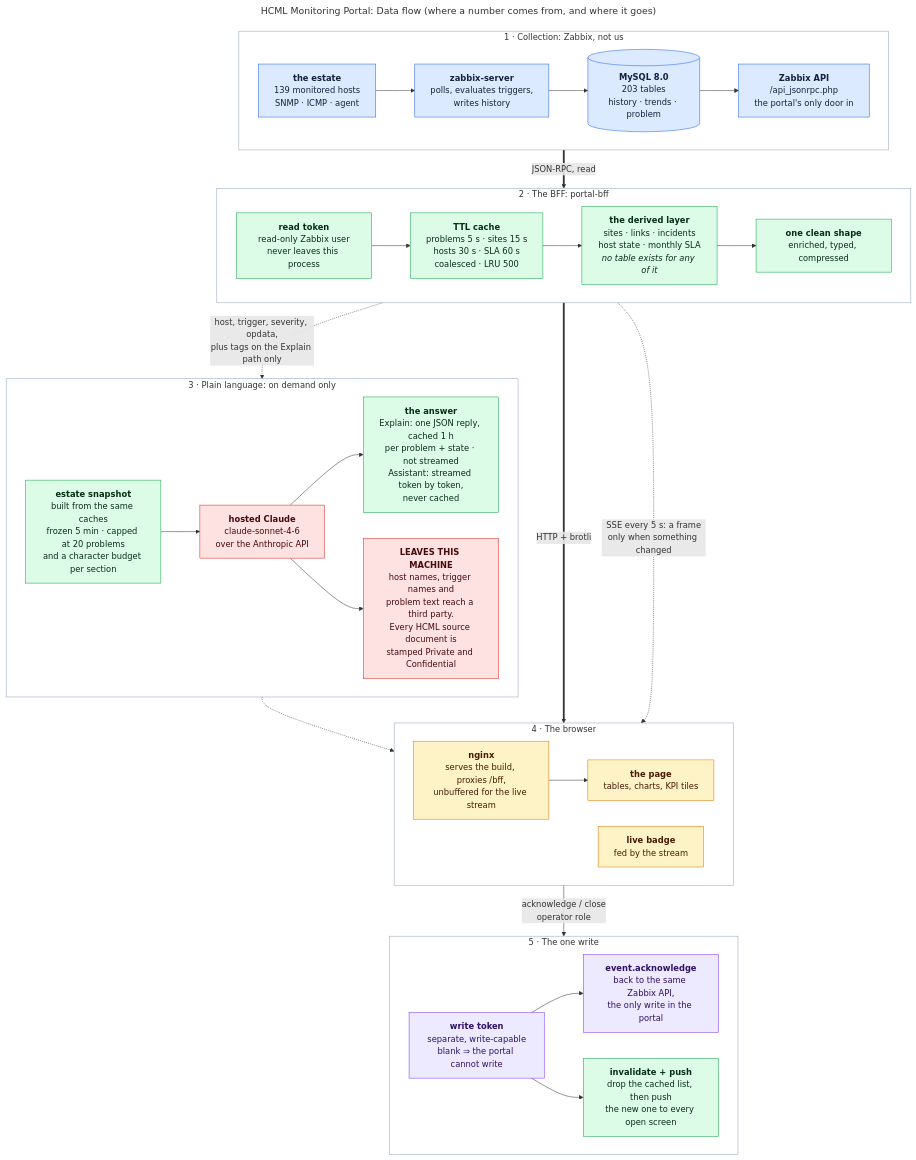
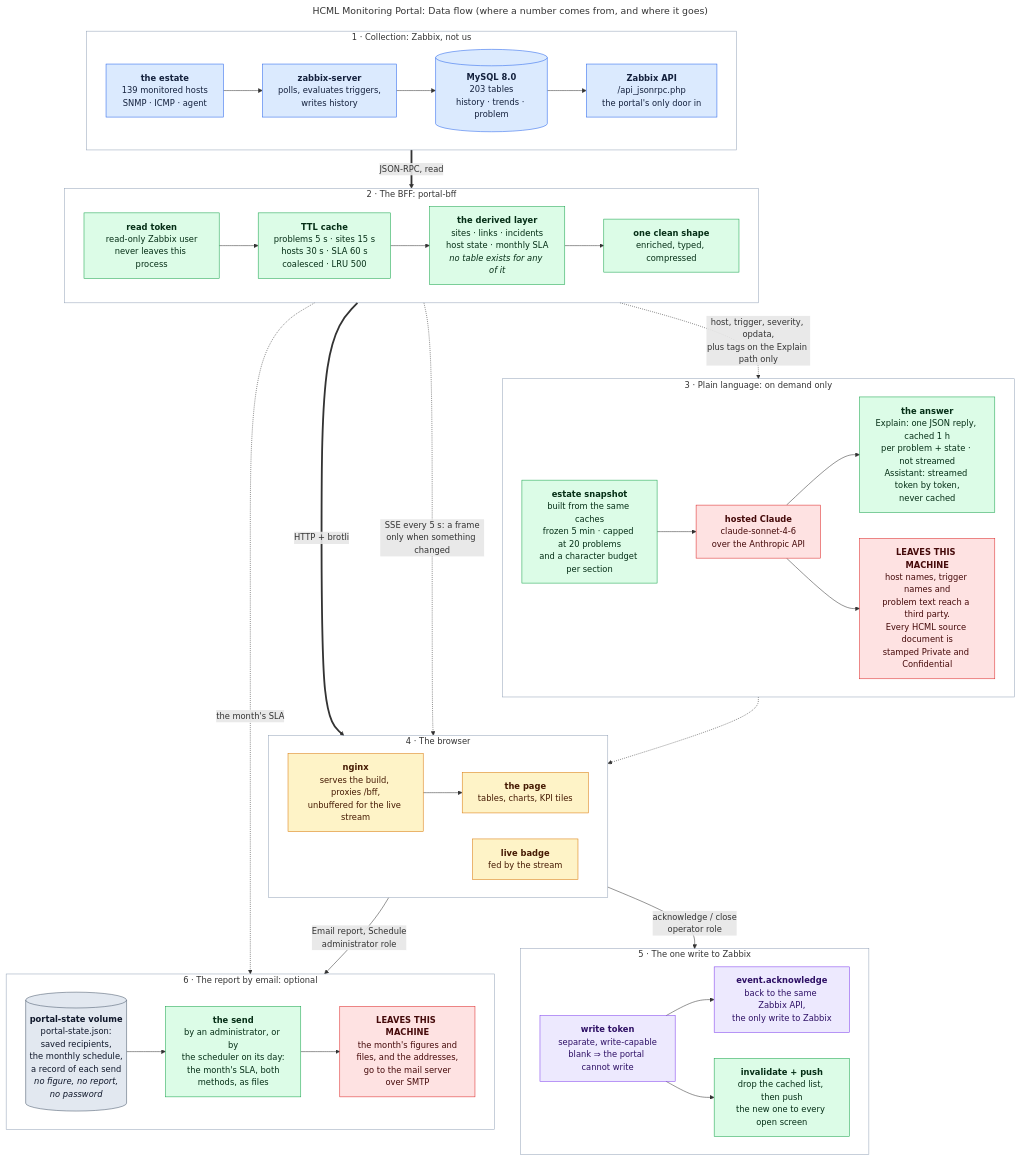
The diagram in docs/flow/DataFlow.mmd (Fxkra28/Dashboard-Zabbix-Prototype), drawn with Mermaid before and after one commit. The commit also changed 505 other files, not shown here.

First line of the commit message:
feat: scheduled SLA email, handover handbook and the re-audit fixes

```diff
--- a/docs/flow/DataFlow.mmd
+++ b/docs/flow/DataFlow.mmd
@@ -1,130 +1,152 @@
 ---
 title: "HCML Monitoring Portal: Data flow (where a number comes from, and where it goes)"
 ---
 flowchart TB
 
     %%  Data flow: one value's whole path, from the device that
     %%  produced it to the screen that shows it, plus the three side
     %%  paths: the live stream, the plain-language layer, and the one
     %%  write.
 
     %%  Blue    Zabbix owns it and stores it.
-    %%  Green   the portal derives it. No table exists anywhere: it is
-    %%          built per request, cached for seconds, gone on restart.
+    %%  Green   the portal derives it. No table of it exists anywhere:
+    %%          it is built per request, cached for seconds, gone on
+    %%          restart.
     %%  Amber   lives in the browser.
     %%  Purple  the portal's single write back to Zabbix.
     %%  Red     it leaves this machine.
+    %%  Grey    the portal keeps it: one small file on its own volume,
+    %%          lane 6 only.
 
     %%  The write path (lane 5) ends in its own terminal box rather than
     %%  looping back to lane 1. That arrow would be a cycle, and one
     %%  cycle is enough to make the layout engine scramble the reading
     %%  order of every other lane. It is the same Zabbix API.
+
+    %%  Lane 6 is the report by email, off until the MAIL_ settings are
+    %%  usable. It also ends in a terminal box: the send writes a record
+    %%  to the state file, and an arrow back there would be a cycle.
 
     %%  Laid out with the default engine, not elk: lanes stack downwards
     %%  and each lane reads left to right, which needs per-subgraph
     %%  `direction`, and elk ignores it, flattening the whole chart
     %%  into a 6:1 strip.
 
     %%  In this copy the plain-language layer is hosted Claude over the
     %%  Anthropic API, so the red box is real: a problem's host name,
     %%  trigger name and tags cross the network when someone clicks
     %%  Explain. The local-model copy is hcml-portal-ollama, where the
-    %%  same box is green. Nothing else on this diagram differs.
+    %%  same box is green, and which has no lane 6: it passes no MAIL_
+    %%  settings and declares no volume. Nothing else differs.
 
     %%  Careful when editing: the subgraph IDs do not match the lane
     %%  numbers. Lane 3 "Plain language" is `subgraph D4` and lane 4
     %%  "The browser" is `subgraph D3`. The rendered order is right
     %%  because Mermaid lays subgraphs out in source order, but anyone
     %%  reading `style D3` / `style D4` will wire the wrong lane. Go by
     %%  the quoted titles, never the IDs.
 
     %%  Two labels were corrected against the code. (1) The answer box
     %%  describes two features and neither has both properties: Explain
     %%  is cached 1 h per (eventid, state) and returns one buffered JSON
     %%  reply; the Assistant chat is streamed token by token and is
     %%  never cached. (2) The arrow into SNAP carries no tags: the
     %%  chat snapshot emits severity, host, trigger name, opdata, age
     %%  and ack state only. Tags cross on /api/explain/problem alone.
 
     %%  Also note the lane-5 fork runs in sequence, not in parallel:
     %%  event.acknowledge is awaited first, and only then does the
     %%  invalidate + push run. Invalidating earlier would let a refetch
     %%  re-cache the pre-write state. Say "then", not "and".
 
     subgraph D1["1 &middot; Collection: Zabbix, not us"]
         direction LR
         DEV["<b>the estate</b><br>139 monitored hosts<br>SNMP &middot; ICMP &middot; agent"]
         ZSRV["<b>zabbix-server</b><br>polls, evaluates triggers,<br>writes history"]
         ZDB[("<b>MySQL 8.0</b><br>203 tables<br>history &middot; trends &middot; problem")]
         ZAPI["<b>Zabbix API</b><br>/api_jsonrpc.php<br>the portal's only door in"]
 
         DEV --> ZSRV --> ZDB --> ZAPI
     end
 
     subgraph D2["2 &middot; The BFF: portal-bff"]
         direction LR
         RTOK["<b>read token</b><br>read-only Zabbix user<br>never leaves this process"]
         CACHE["<b>TTL cache</b><br>problems 5 s &middot; sites 15 s<br>hosts 30 s &middot; SLA 60 s<br>coalesced &middot; LRU 500"]
         DERIVE["<b>the derived layer</b><br>sites &middot; links &middot; incidents<br>host state &middot; monthly SLA<br><i>no table exists for any of it</i>"]
         SHAPE["<b>one clean shape</b><br>enriched, typed, compressed"]
 
         RTOK --> CACHE --> DERIVE --> SHAPE
     end
 
     subgraph D4["3 &middot; Plain language: on demand only"]
         direction LR
         SNAP["<b>estate snapshot</b><br>built from the same caches<br>frozen 5 min &middot; capped at 20 problems<br>and a character budget per section"]
         MODEL["<b>hosted Claude</b><br>claude-sonnet-4-6<br>over the Anthropic API"]
         LEAVES["<b>LEAVES THIS MACHINE</b><br>host names, trigger names and<br>problem text reach a third party.<br>Every HCML source document is<br>stamped Private and Confidential"]
         ANSWER["<b>the answer</b><br>Explain: one JSON reply, cached 1 h<br>per problem + state &middot; not streamed<br>Assistant: streamed token by token,<br>never cached"]
 
         SNAP --> MODEL --> ANSWER
         MODEL --> LEAVES
     end
 
     subgraph D3["4 &middot; The browser"]
         direction LR
         NGINX["<b>nginx</b><br>serves the build, proxies /bff,<br>unbuffered for the live stream"]
         SCREEN["<b>the page</b><br>tables, charts, KPI tiles"]
         LIVE["<b>live badge</b><br>fed by the stream"]
 
         NGINX --> SCREEN
     end
 
-    subgraph D5["5 &middot; The one write"]
+    subgraph D5["5 &middot; The one write to Zabbix"]
         direction LR
         WTOK["<b>write token</b><br>separate, write-capable<br>blank &rArr; the portal cannot write"]
-        ZWRITE["<b>event.acknowledge</b><br>back to the same Zabbix API,<br>the only write in the portal"]
+        ZWRITE["<b>event.acknowledge</b><br>back to the same Zabbix API,<br>the only write to Zabbix"]
         INVAL["<b>invalidate + push</b><br>drop the cached list, then push<br>the new one to every open screen"]
 
         WTOK --> ZWRITE
         WTOK --> INVAL
+    end
+
+    subgraph D6["6 &middot; The report by email: optional"]
+        direction LR
+        STATE[("<b>portal-state volume</b><br>portal-state.json:<br>saved recipients,<br>the monthly schedule,<br>a record of each send<br><i>no figure, no report,<br>no password</i>")]
+        SEND["<b>the send</b><br>by an administrator, or by<br>the scheduler on its day:<br>the month's SLA, both<br>methods, as files"]
+        MAILOUT["<b>LEAVES THIS MACHINE</b><br>the month's figures and<br>files, and the addresses,<br>go to the mail server<br>over SMTP"]
+
+        STATE --> SEND --> MAILOUT
     end
 
     ZAPI ==>|"JSON-RPC, read"| RTOK
     SHAPE ==>|"HTTP + brotli"| NGINX
     SHAPE -.->|"SSE every 5 s: a frame<br>only when something changed"| LIVE
     DERIVE -.->|"host, trigger, severity, opdata,<br>plus tags on the Explain path only"| SNAP
     ANSWER -.-> SCREEN
     SCREEN -->|"acknowledge / close<br>operator role"| WTOK
+    SCREEN -->|"Email report, Schedule<br>administrator role"| SEND
+    DERIVE -.->|"the month's SLA"| SEND
 
     %% Frames must stay unfilled or they paint over the relationship lines.
 
     classDef zbx      fill:#dbeafe,stroke:#2563eb,color:#14213d
     classDef derived  fill:#dcfce7,stroke:#16a34a,color:#052e16
     classDef browser  fill:#fef3c7,stroke:#d97706,color:#451a03
     classDef written  fill:#ede9fe,stroke:#7c3aed,color:#2e1065
     classDef external fill:#fee2e2,stroke:#dc2626,color:#450a0a
+    classDef kept     fill:#e2e8f0,stroke:#475569,color:#0f172a
 
     style D1 fill:none,stroke:#94a3b8
     style D2 fill:none,stroke:#94a3b8
     style D3 fill:none,stroke:#94a3b8
     style D4 fill:none,stroke:#94a3b8
     style D5 fill:none,stroke:#94a3b8
+    style D6 fill:none,stroke:#94a3b8
 
     class DEV,ZSRV,ZDB,ZAPI zbx
-    class RTOK,CACHE,DERIVE,SHAPE,SNAP,ANSWER,INVAL derived
+    class RTOK,CACHE,DERIVE,SHAPE,SNAP,ANSWER,INVAL,SEND derived
     class NGINX,SCREEN,LIVE browser
     class WTOK,ZWRITE written
-    class MODEL,LEAVES external
-%% source-hash: a5477a411e9d
+    class MODEL,LEAVES,MAILOUT external
+    class STATE kept
+%% source-hash: 09c8c21ad8e4
```
